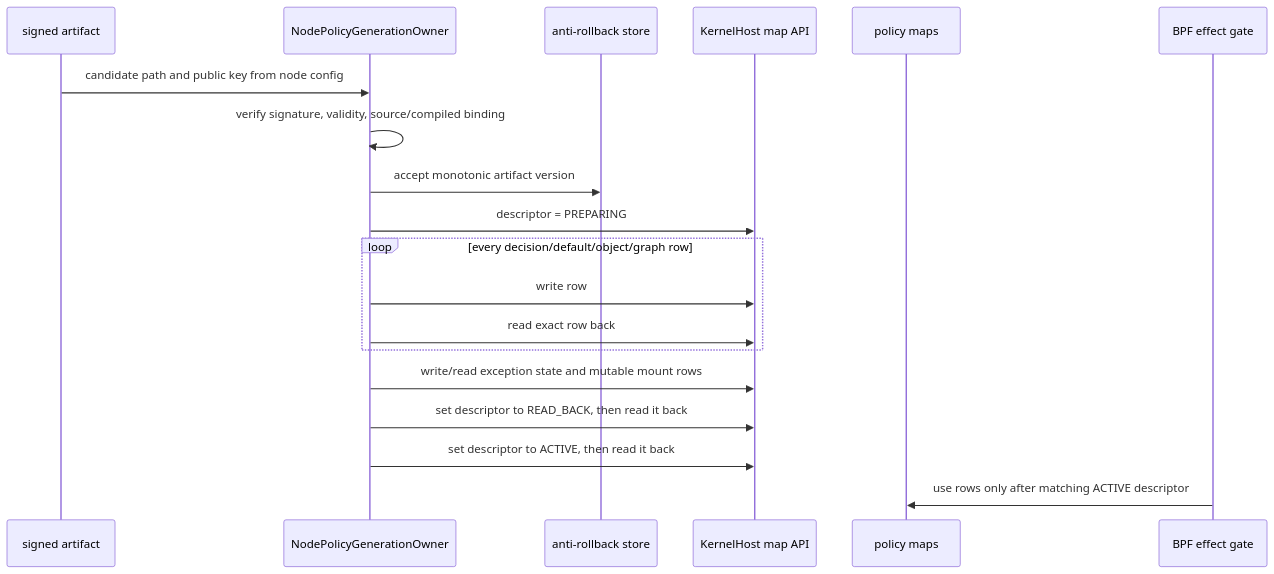
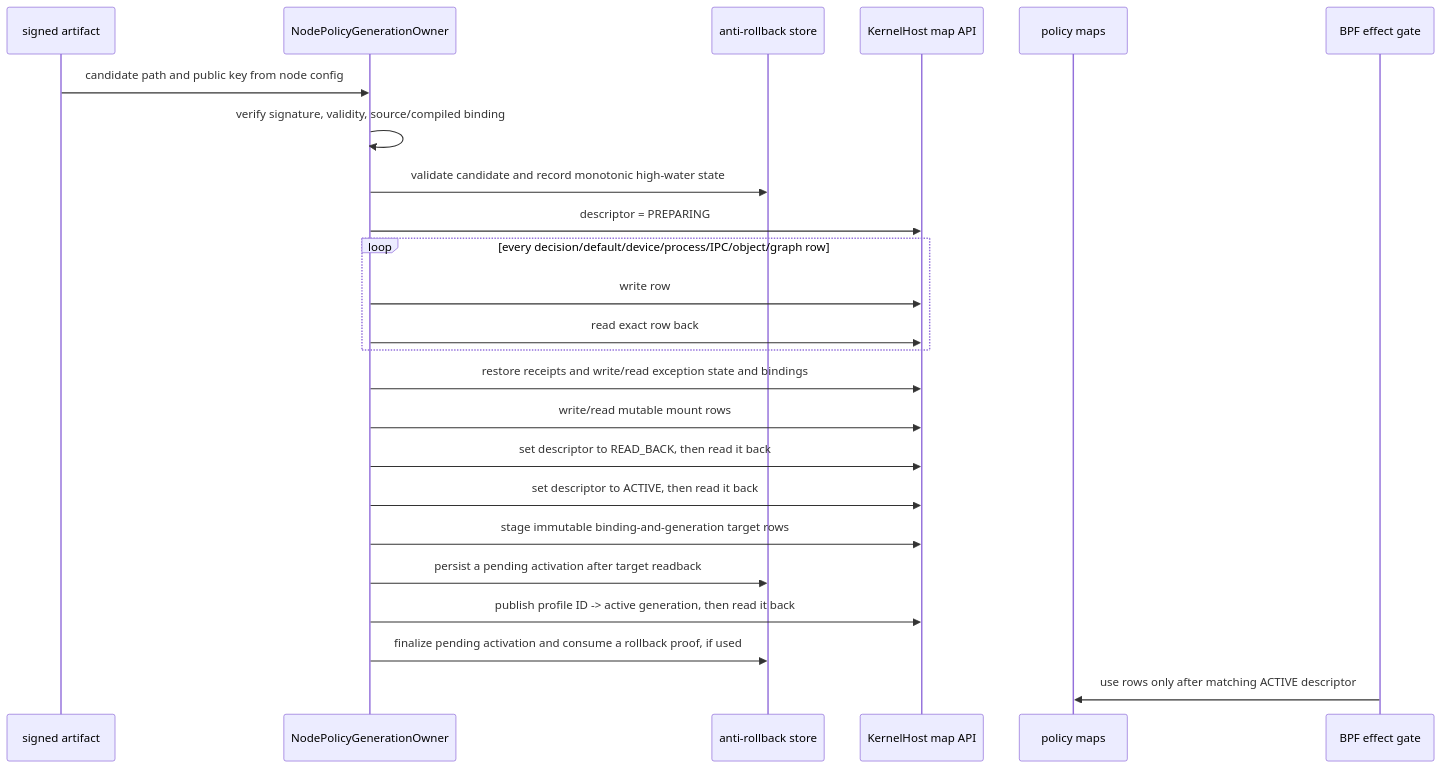
One commit to Ereborlabs/erebor-runtime changed the tenth of 19 diagrams in docs/plans/mithril-hugging-face-intrusion-prevention/implemented-phase-review.md. Above: the diagram before and after it, drawn with Mermaid. The commit also changed other lines of this file and 218 other files, not shown here.

````diff
--- a/docs/plans/mithril-hugging-face-intrusion-prevention/implemented-phase-review.md
+++ b/docs/plans/mithril-hugging-face-intrusion-prevention/implemented-phase-review.md
@@ -492,22 +717,27 @@
 ```mermaid
 sequenceDiagram
     participant A as signed artifact
     participant N as NodePolicyGenerationOwner
     participant R as anti-rollback store
     participant H as KernelHost map API
     participant M as policy maps
     participant G as BPF effect gate
 
     A->>N: candidate path and public key from node config
     N->>N: verify signature, validity, source/compiled binding
-    N->>R: accept monotonic artifact version
+    N->>R: validate candidate and record monotonic high-water state
     N->>H: descriptor = PREPARING
-    loop every decision/default/object/graph row
+    loop every decision/default/device/process/IPC/object/graph row
         N->>H: write row
         N->>H: read exact row back
     end
-    N->>H: write/read exception state and mutable mount rows
+    N->>H: restore receipts and write/read exception state and bindings
+    N->>H: write/read mutable mount rows
     N->>H: set descriptor to READ_BACK, then read it back
     N->>H: set descriptor to ACTIVE, then read it back
+    N->>H: stage immutable binding-and-generation target rows
+    N->>R: persist a pending activation after target readback
+    N->>H: publish profile ID -> active generation, then read it back
+    N->>R: finalize pending activation and consume a rollback proof, if used
     G->>M: use rows only after matching ACTIVE descriptor
 ```
````
